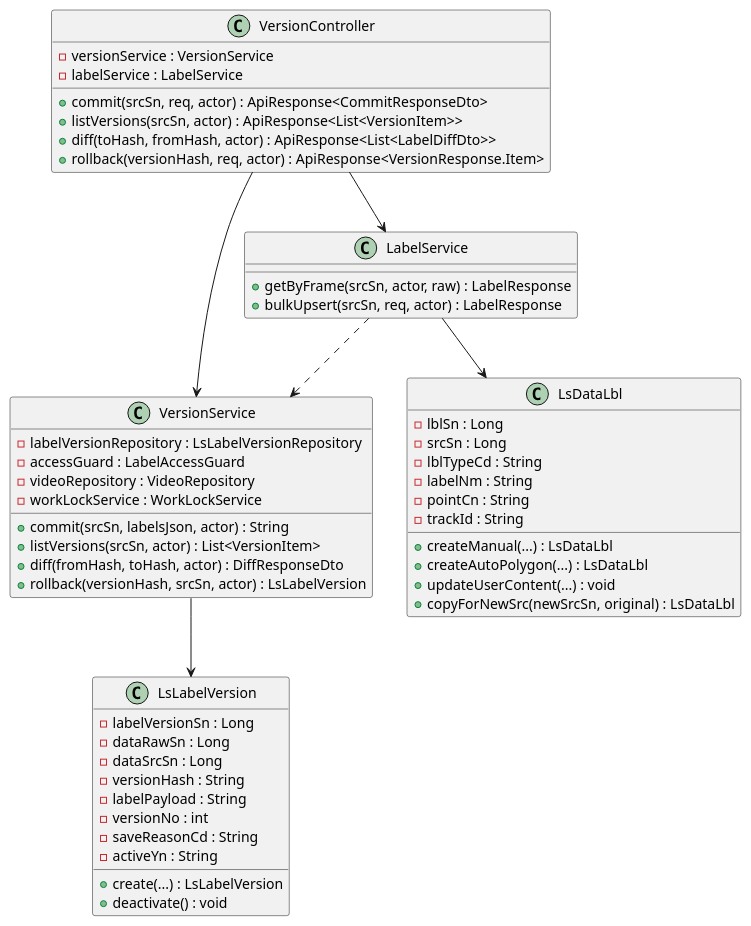
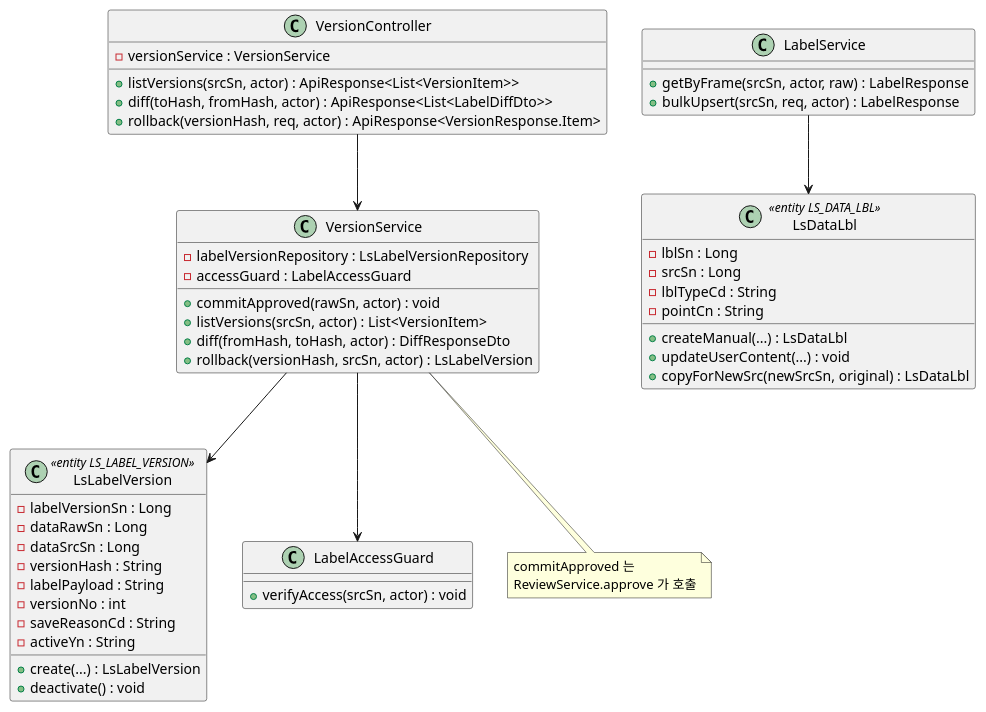
One commit to New-stella/klid-label changed diagram 16 of 18 in docs/design/D1-클래스설계서.md. Above: the diagram before and after it, drawn with PlantUML. The commit also changed other lines of this file and 36 other files, not shown here.

````diff
--- a/docs/design/D1-클래스설계서.md
+++ b/docs/design/D1-클래스설계서.md
@@ -469,56 +838,52 @@
 ```plantuml
 @startuml
 class VersionController {
   - versionService : VersionService
-  - labelService : LabelService
-  + commit(srcSn, req, actor) : ApiResponse<CommitResponseDto>
   + listVersions(srcSn, actor) : ApiResponse<List<VersionItem>>
   + diff(toHash, fromHash, actor) : ApiResponse<List<LabelDiffDto>>
   + rollback(versionHash, req, actor) : ApiResponse<VersionResponse.Item>
 }
 class VersionService {
   - labelVersionRepository : LsLabelVersionRepository
   - accessGuard : LabelAccessGuard
-  - videoRepository : VideoRepository
-  - workLockService : WorkLockService
-  + commit(srcSn, labelsJson, actor) : String
+  + commitApproved(rawSn, actor) : void
   + listVersions(srcSn, actor) : List<VersionItem>
   + diff(fromHash, toHash, actor) : DiffResponseDto
   + rollback(versionHash, srcSn, actor) : LsLabelVersion
 }
-class LsLabelVersion {
+class LabelService {
+  + getByFrame(srcSn, actor, raw) : LabelResponse
+  + bulkUpsert(srcSn, req, actor) : LabelResponse
+}
+class LsLabelVersion <<entity LS_LABEL_VERSION>> {
   - labelVersionSn : Long
   - dataRawSn : Long
   - dataSrcSn : Long
   - versionHash : String
   - labelPayload : String
   - versionNo : int
   - saveReasonCd : String
   - activeYn : String
   + create(...) : LsLabelVersion
   + deactivate() : void
 }
-class LsDataLbl {
+class LsDataLbl <<entity LS_DATA_LBL>> {
   - lblSn : Long
   - srcSn : Long
   - lblTypeCd : String
-  - labelNm : String
   - pointCn : String
-  - trackId : String
   + createManual(...) : LsDataLbl
-  + createAutoPolygon(...) : LsDataLbl
   + updateUserContent(...) : void
   + copyForNewSrc(newSrcSn, original) : LsDataLbl
 }
-class LabelService {
-  + getByFrame(srcSn, actor, raw) : LabelResponse
-  + bulkUpsert(srcSn, req, actor) : LabelResponse
+class LabelAccessGuard {
+  + verifyAccess(srcSn, actor) : void
 }
 
 VersionController --> VersionService
-VersionController --> LabelService
 VersionService --> LsLabelVersion
+VersionService --> LabelAccessGuard
 LabelService --> LsDataLbl
-LabelService ..> VersionService
+note bottom of VersionService : commitApproved 는\nReviewService.approve 가 호출
 @enduml
 ```
````
